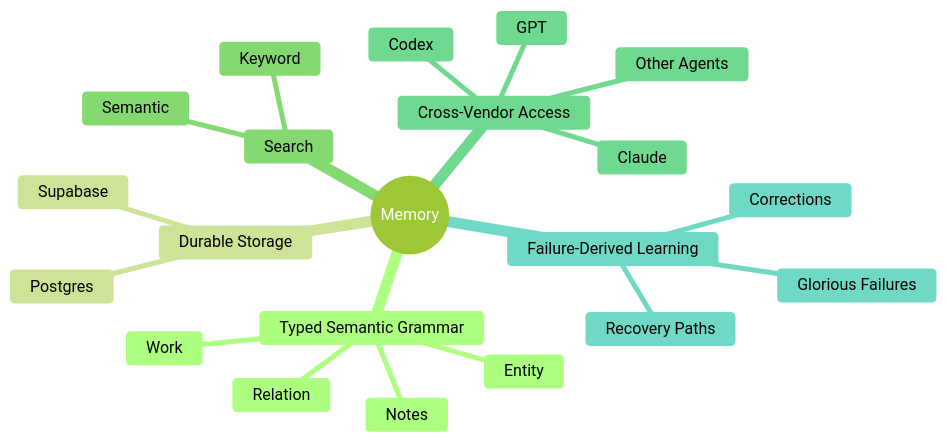
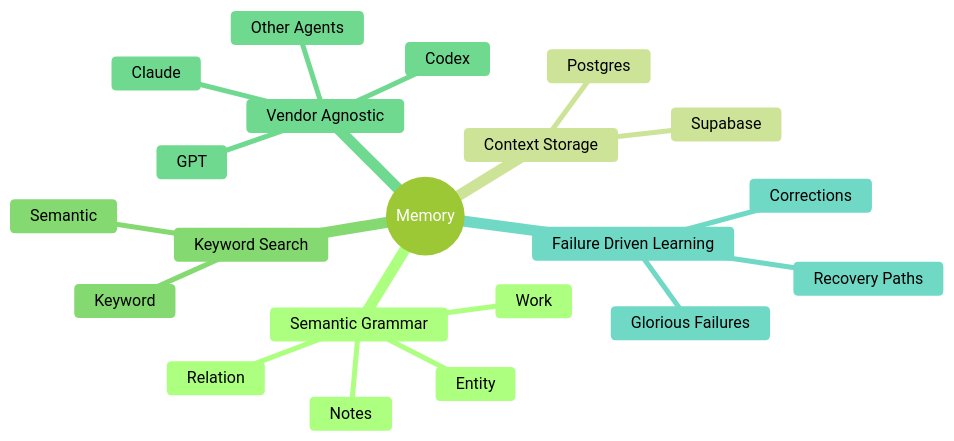
The seventh of 9 diagrams in README.md (andmigque/Memory), drawn with Mermaid (forest theme) before and after one commit. The commit also changed other lines of this file, not shown here.

Commit message:
Refine memory and agentic context descriptions
Updated language for clarity and consistency in the README.

````diff
--- a/README.md
+++ b/README.md
@@ -115,24 +115,24 @@
 ```mermaid
 mindmap
   root((Memory))
-    Typed Semantic Grammar
+    Semantic Grammar
       Entity
       Relation
       Work
       Notes
-    Durable Storage
+    Context Storage
       Postgres
       Supabase
-    Search
+    Keyword Search
       Keyword
       Semantic
-    Cross-Vendor Access
+    Vendor Agnostic
       Claude
       GPT
       Codex
       Other Agents
-    Failure-Derived Learning
+    Failure Driven Learning
       Glorious Failures
       Corrections
       Recovery Paths
 ```
````
